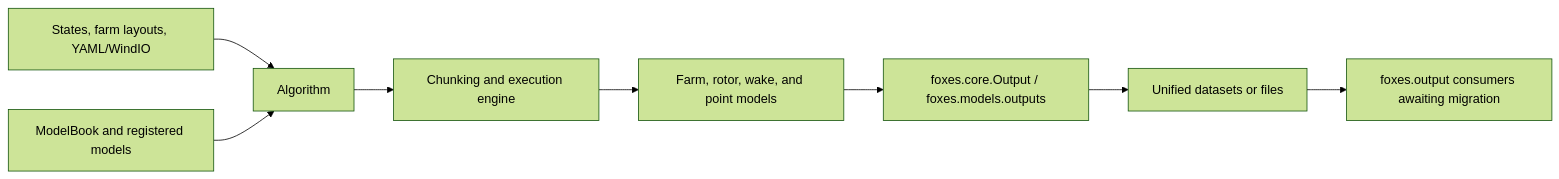
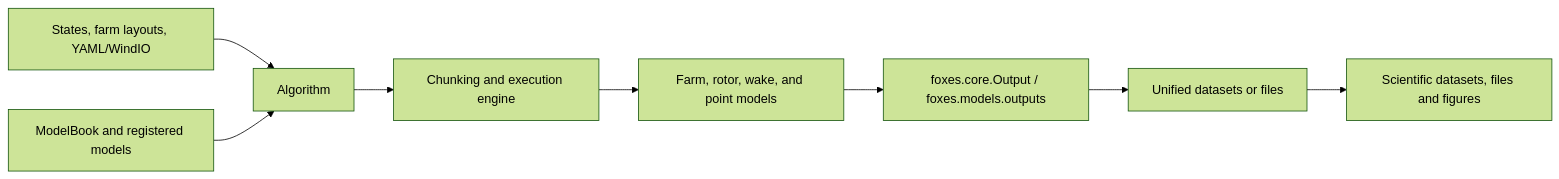
Before and after one commit to FraunhoferIWES/foxes: the diagram in docs/architecture.md, drawn with Mermaid (forest theme). The commit also changed other lines of this file and 166 other files, not shown here.

````diff
--- a/docs/architecture.md
+++ b/docs/architecture.md
@@ -41,10 +41,10 @@
 ```mermaid
 flowchart LR
     Inputs[States, farm layouts, YAML/WindIO] --> Algorithm
     ModelBook[ModelBook and registered models] --> Algorithm
     Algorithm --> Engine[Chunking and execution engine]
     Engine --> Models[Farm, rotor, wake, and point models]
     Models --> Output[foxes.core.Output / foxes.models.outputs]
     Output --> Results[Unified datasets or files]
-    Results --> Evaluation[foxes.output consumers awaiting migration]
+    Results --> Consumers[Scientific datasets, files and figures]
 ```
````
